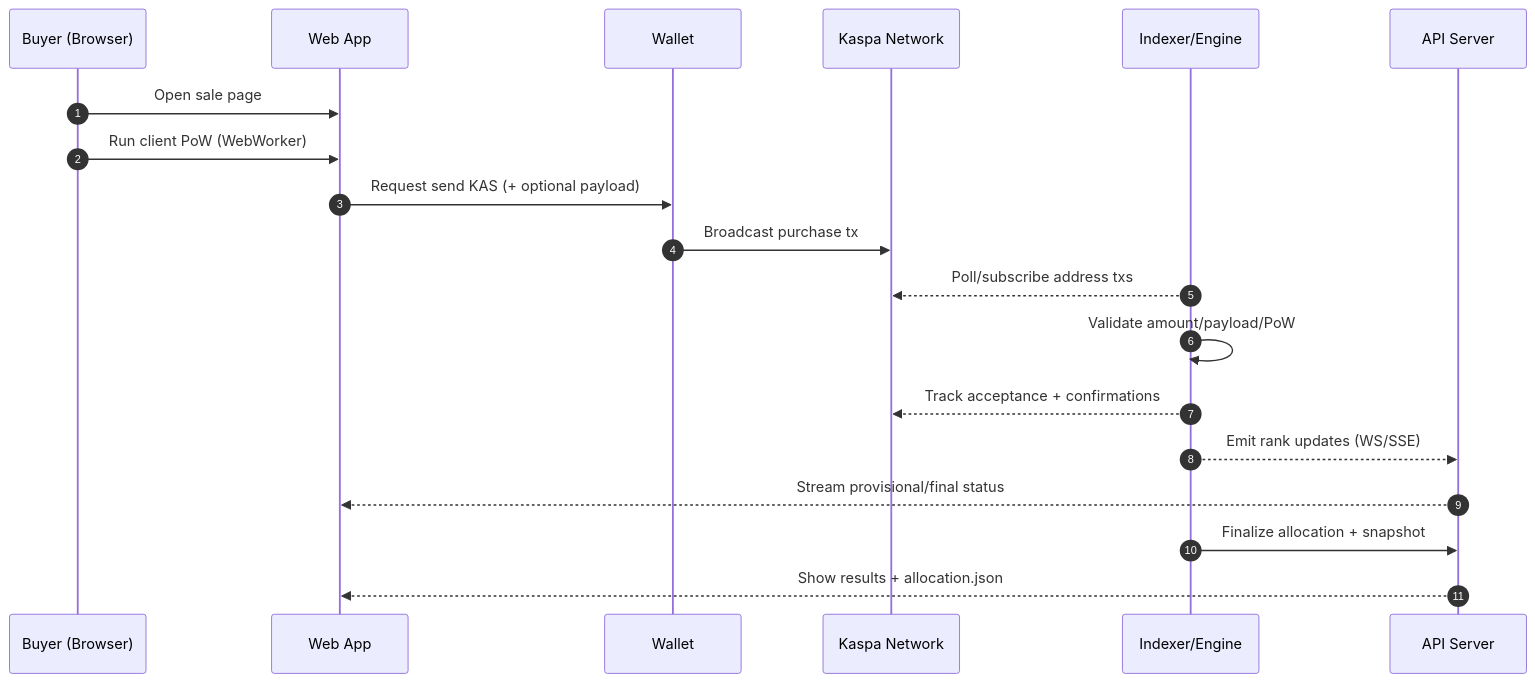
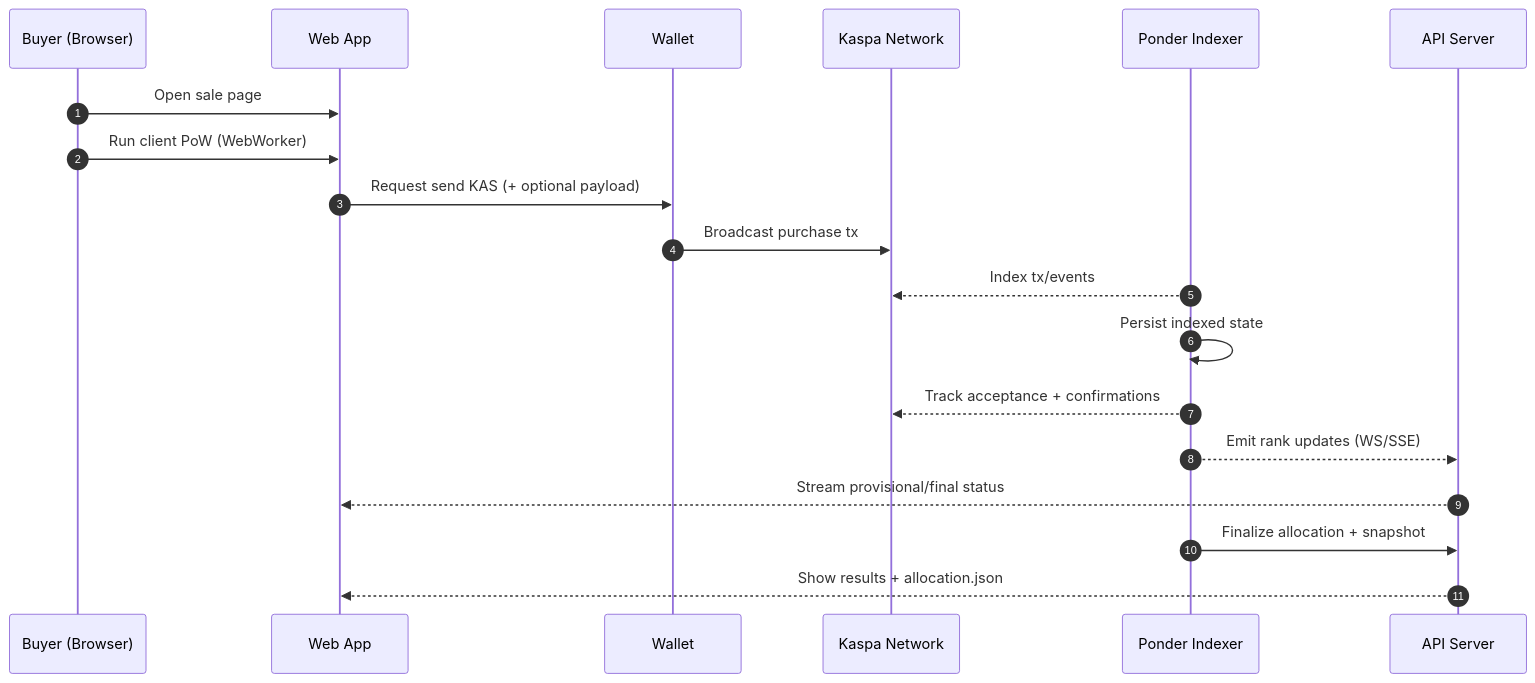
The first of 2 diagrams in PROJECT.md (StudioLIQ/tickasting), drawn with Mermaid before and after one commit. The commit also changed other lines of this file and 5 other files, not shown here.

First line of the commit message:
GP-027: Architecture decision — Ponder indexing + Railway topology

````diff
--- a/PROJECT.md
+++ b/PROJECT.md
@@ -121,22 +122,22 @@
 ```mermaid
 sequenceDiagram
   autonumber
   participant Buyer as Buyer (Browser)
   participant Web as Web App
   participant Wallet as Wallet
   participant Chain as Kaspa Network
-  participant Indexer as Indexer/Engine
+  participant Indexer as Ponder Indexer
   participant API as API Server
 
   Buyer->>Web: Open sale page
   Buyer->>Web: Run client PoW (WebWorker)
   Web->>Wallet: Request send KAS (+ optional payload)
   Wallet->>Chain: Broadcast purchase tx
-  Indexer-->>Chain: Poll/subscribe address txs
-  Indexer->>Indexer: Validate amount/payload/PoW
+  Indexer-->>Chain: Index tx/events
+  Indexer->>Indexer: Persist indexed state
   Indexer-->>Chain: Track acceptance + confirmations
   Indexer-->>API: Emit rank updates (WS/SSE)
   API-->>Web: Stream provisional/final status
   Indexer->>API: Finalize allocation + snapshot
   API-->>Web: Show results + allocation.json
 ```
````
